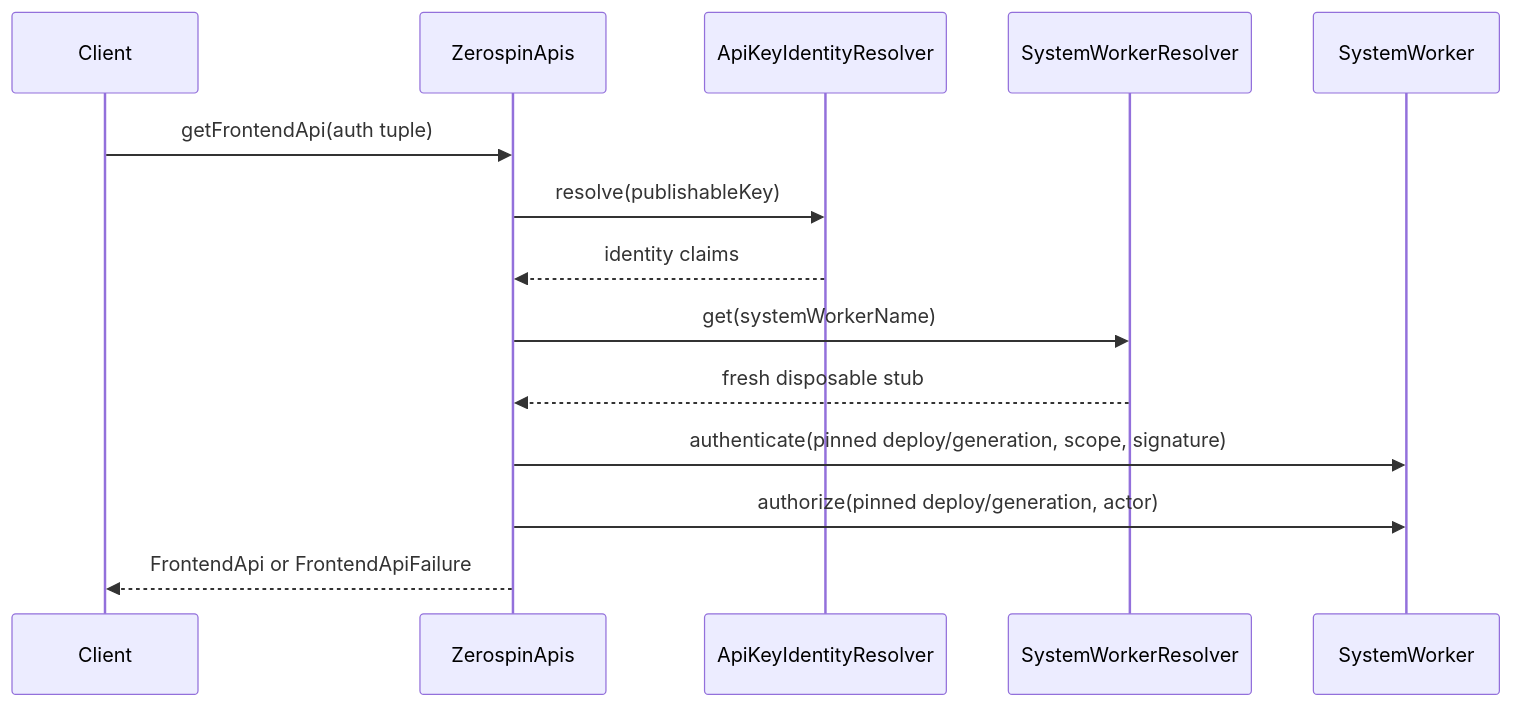
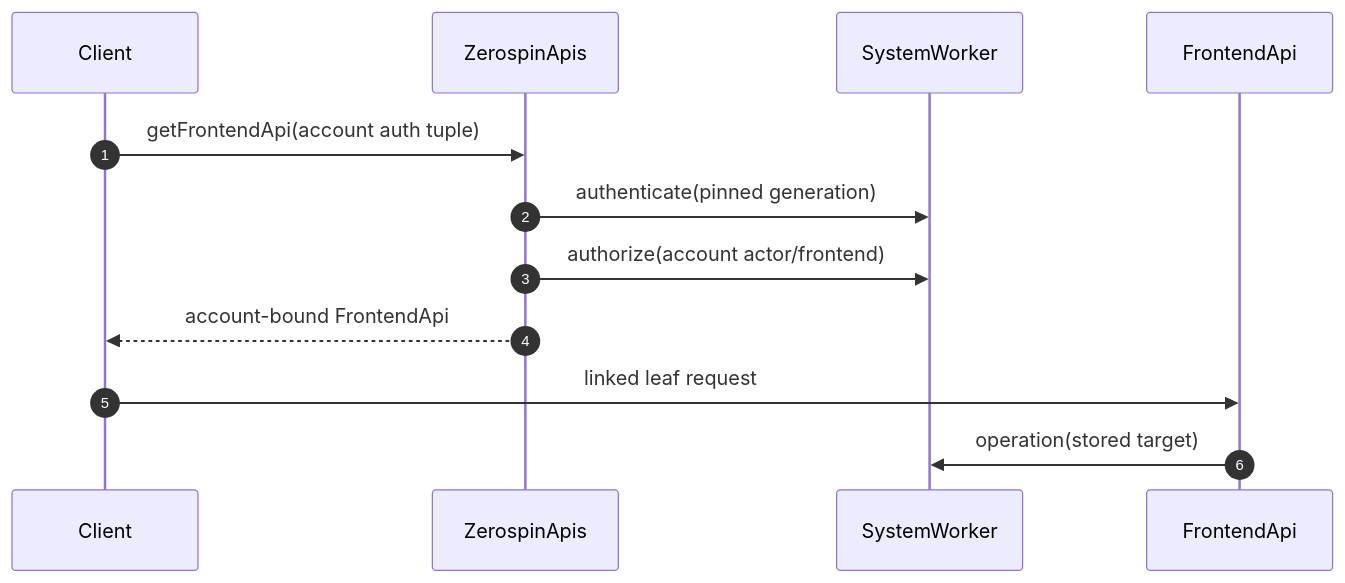
Before and after one commit to morgs32/qrk.sh: the diagram in wiki/architecture/FrontendApi.md, drawn with Mermaid. The commit also changed other lines of this file and 469 other files, not shown here.

````diff
--- a/wiki/architecture/FrontendApi.md
+++ b/wiki/architecture/FrontendApi.md
@@ -71,17 +52,15 @@
 ```mermaid
 sequenceDiagram
+  autonumber
   participant Client
   participant Root as ZerospinApis
-  participant Identity as ApiKeyIdentityResolver
-  participant Resolver as SystemWorkerResolver
   participant Worker as SystemWorker
+  participant Api as FrontendApi
 
-  Client->>Root: getFrontendApi(auth tuple)
-  Root->>Identity: resolve(publishableKey)
-  Identity-->>Root: identity claims
-  Root->>Resolver: get(systemWorkerName)
-  Resolver-->>Root: fresh disposable stub
-  Root->>Worker: authenticate(pinned deploy/generation, scope, signature)
-  Root->>Worker: authorize(pinned deploy/generation, actor)
-  Root-->>Client: FrontendApi or FrontendApiFailure
+  Client->>Root: getFrontendApi(account auth tuple)
+  Root->>Worker: authenticate(pinned generation)
+  Root->>Worker: authorize(account actor/frontend)
+  Root-->>Client: account-bound FrontendApi
+  Client->>Api: linked leaf request
+  Api->>Worker: operation(stored target)
 ```
````
